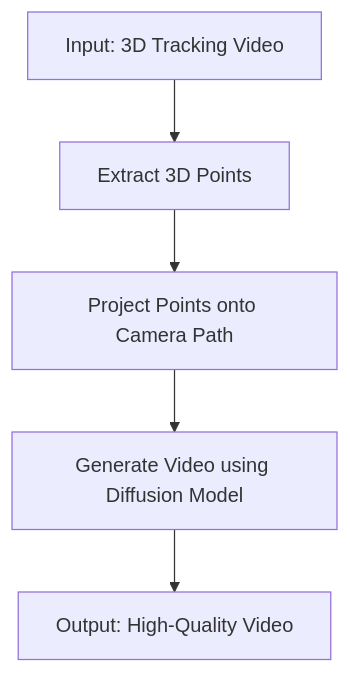
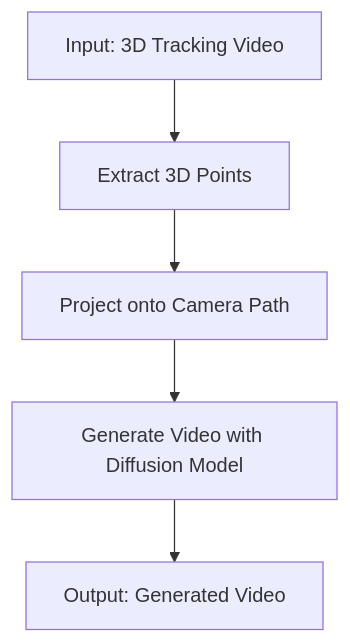
One commit to dmarx/papers-feed changed the diagram in data/papers/2501.03847/features/crib-sheet/2501.03847.md. Above: the diagram before and after it, drawn with Mermaid. The commit also changed other lines of this file and 8 other files, not shown here.

````diff
--- a/data/papers/2501.03847/features/crib-sheet/2501.03847.md
+++ b/data/papers/2501.03847/features/crib-sheet/2501.03847.md
@@ -24,7 +25,7 @@
   ```mermaid
   flowchart TD
       A[Input: 3D Tracking Video] --> B[Extract 3D Points]
-      B --> C[Project Points onto Camera Path]
-      C --> D[Generate Video using Diffusion Model]
-      D --> E[Output: High-Quality Video]
+      B --> C[Project onto Camera Path]
+      C --> D[Generate Video with Diffusion Model]
+      D --> E[Output: Generated Video]
   ```
````
